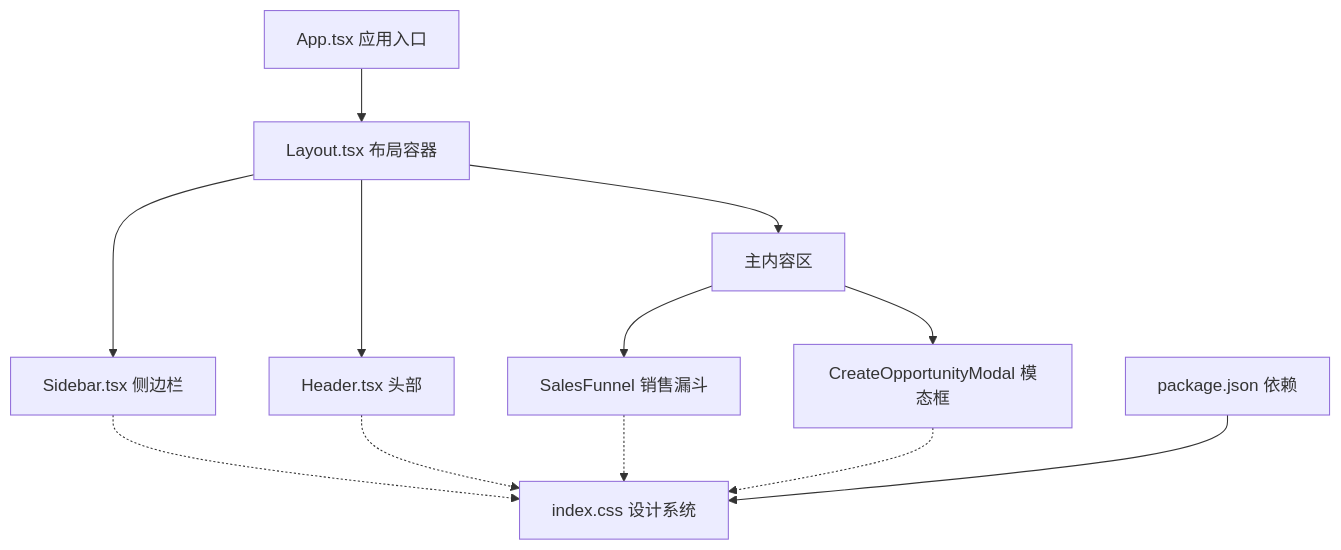
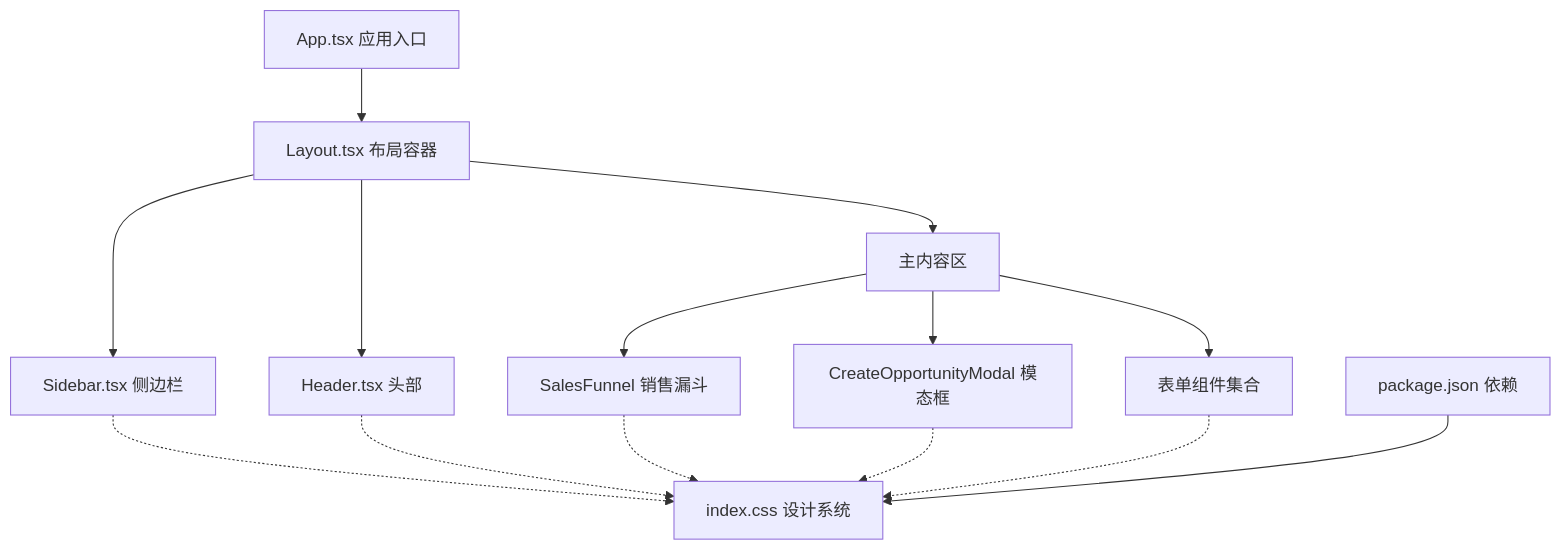
One commit to xianjianshenqu/SalesFlow-CRM changed the first of 2 diagrams in .qoder/repowiki/zh/content/UI_UX设计/组件库规范/组件库规范.md. Above: the diagram before and after it, drawn with Mermaid. The commit also changed other lines of this file and 11 other files, not shown here.

````diff
--- a/.qoder/repowiki/zh/content/UI_UX设计/组件库规范/组件库规范.md
+++ b/.qoder/repowiki/zh/content/UI_UX设计/组件库规范/组件库规范.md
@@ -169,23 +173,26 @@
 ```mermaid
 graph TB
 APP["App.tsx 应用入口"]
 LAYOUT["Layout.tsx 布局容器"]
 SIDEBAR["Sidebar.tsx 侧边栏"]
 HEADER["Header.tsx 头部"]
 MAIN["主内容区"]
 FUNNEL["SalesFunnel 销售漏斗"]
 MODAL["CreateOpportunityModal 模态框"]
+FORM["表单组件集合"]
 CSS["index.css 设计系统"]
 PKG["package.json 依赖"]
 APP --> LAYOUT
 LAYOUT --> SIDEBAR
 LAYOUT --> HEADER
 LAYOUT --> MAIN
 MAIN --> FUNNEL
 MAIN --> MODAL
+MAIN --> FORM
 SIDEBAR -.-> CSS
 HEADER -.-> CSS
 FUNNEL -.-> CSS
 MODAL -.-> CSS
+FORM -.-> CSS
 PKG --> CSS
 ```
````
